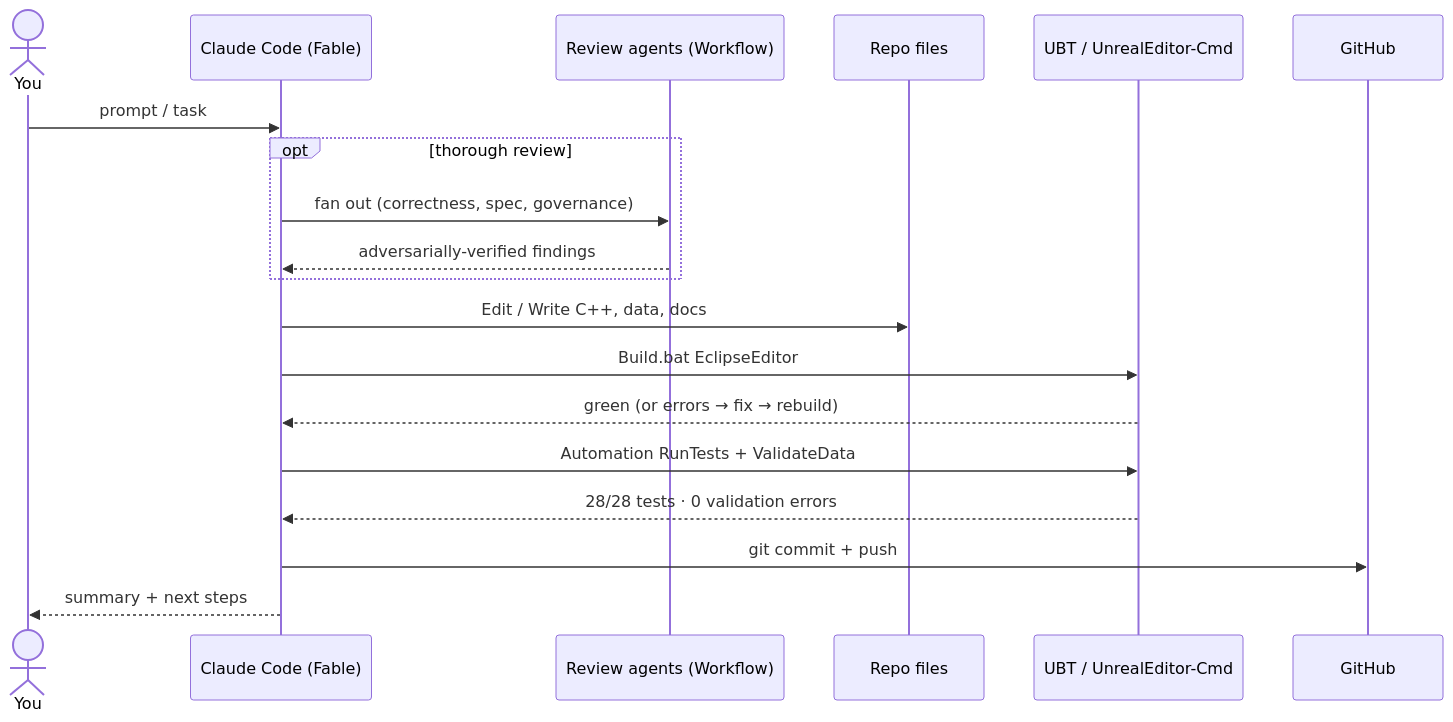
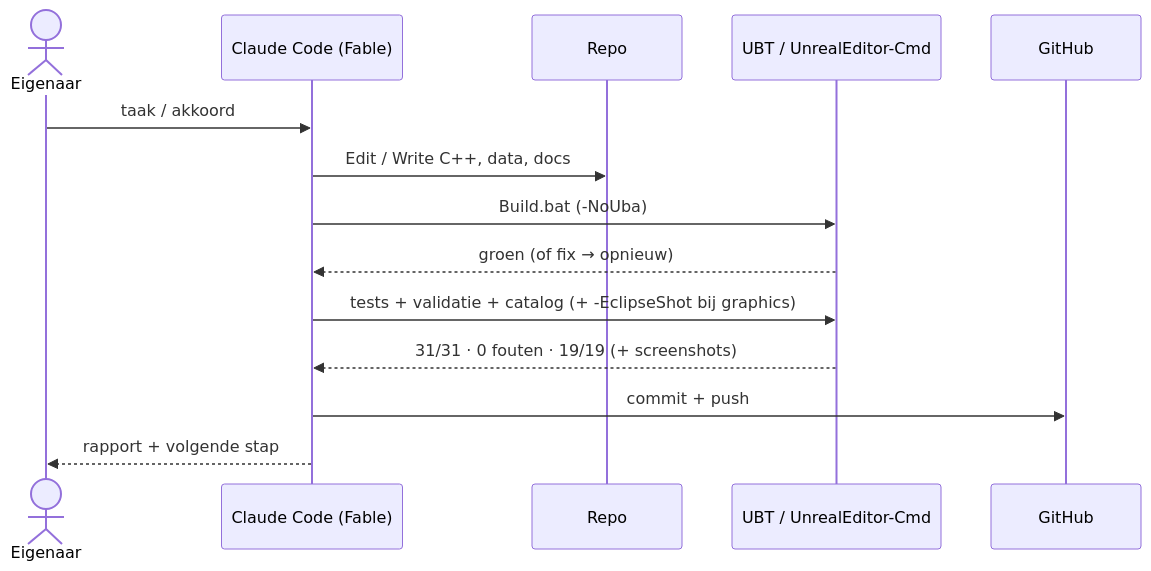
One commit to daydragon20/eclipse-rise changed the second of 2 diagrams in MIGRATION_TO_STRONG_PC.md. Above: the diagram before and after it, drawn with Mermaid. The commit also changed other lines of this file and 7 other files, not shown here.

````diff
--- a/MIGRATION_TO_STRONG_PC.md
+++ b/MIGRATION_TO_STRONG_PC.md
@@ -81,21 +189,16 @@
 ```mermaid
 sequenceDiagram
-  actor You
+  actor Eigenaar
   participant CC as Claude Code (Fable)
-  participant AG as Review agents (Workflow)
-  participant FS as Repo files
+  participant FS as Repo
   participant UE as UBT / UnrealEditor-Cmd
   participant GH as GitHub
-  You->>CC: prompt / task
-  opt thorough review
-    CC->>AG: fan out (correctness, spec, governance)
-    AG-->>CC: adversarially-verified findings
-  end
+  Eigenaar->>CC: taak / akkoord
   CC->>FS: Edit / Write C++, data, docs
-  CC->>UE: Build.bat EclipseEditor
-  UE-->>CC: green (or errors → fix → rebuild)
-  CC->>UE: Automation RunTests + ValidateData
-  UE-->>CC: 28/28 tests · 0 validation errors
-  CC->>GH: git commit + push
-  CC-->>You: summary + next steps
+  CC->>UE: Build.bat (-NoUba)
+  UE-->>CC: groen (of fix → opnieuw)
+  CC->>UE: tests + validatie + catalog (+ -EclipseShot bij graphics)
+  UE-->>CC: 31/31 · 0 fouten · 19/19 (+ screenshots)
+  CC->>GH: commit + push
+  CC-->>Eigenaar: rapport + volgende stap
 ```
````
